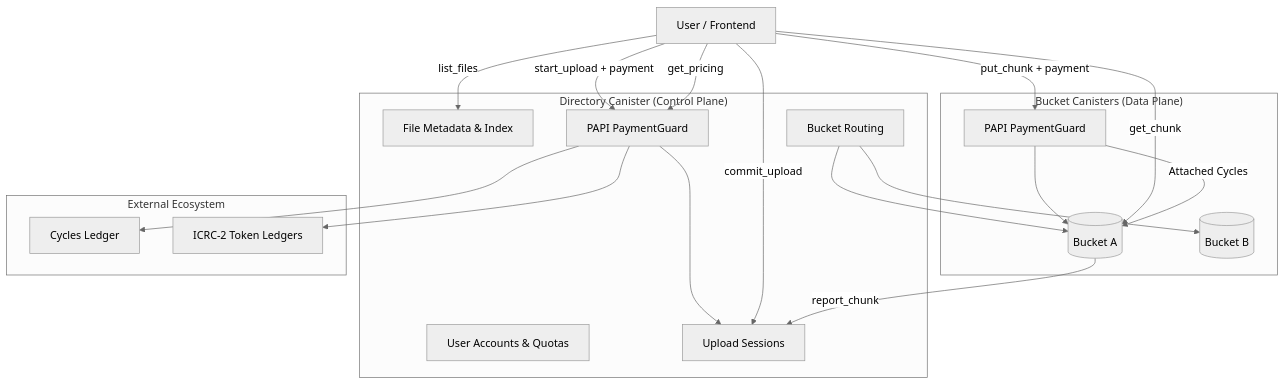
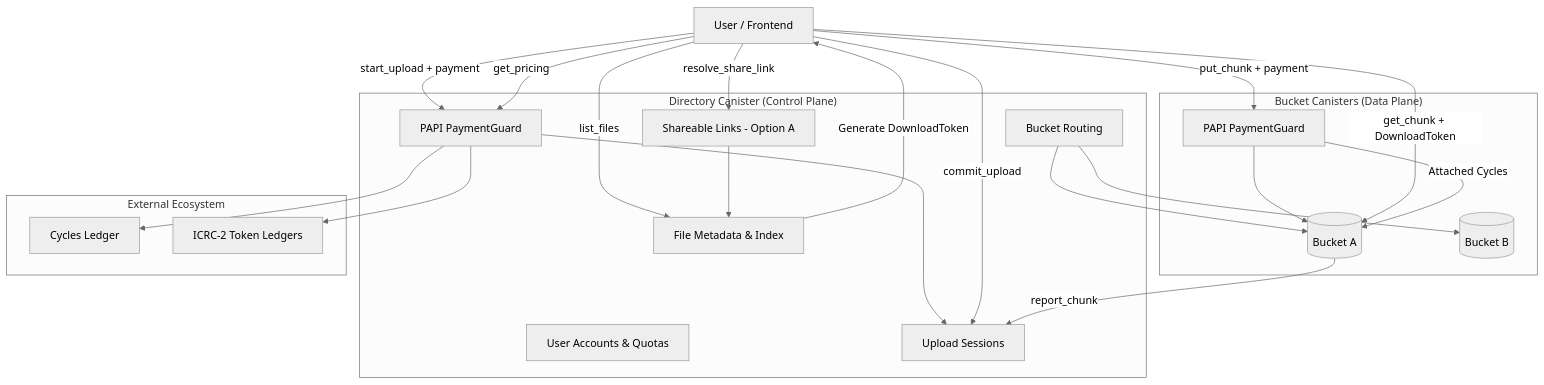
The first of 4 diagrams in ARCHITECTURE.md (AntonioVentilii/vault-core), drawn with Mermaid (neutral theme) before and after one commit. The commit also changed other lines of this file and 19 other files, not shown here.

````diff
--- a/ARCHITECTURE.md
+++ b/ARCHITECTURE.md
@@ -3,42 +3,46 @@
 ```mermaid
 flowchart TB
     User[User / Frontend]
 
     subgraph ControlPlane["Directory Canister (Control Plane)"]
         DirAccounts[User Accounts & Quotas]
         DirMeta[File Metadata & Index]
         DirUploads[Upload Sessions]
+        DirLinks[Shareable Links - Option A]
         DirRouting[Bucket Routing]
         DirPAPI[PAPI PaymentGuard]
     end
 
     subgraph DataPlane["Bucket Canisters (Data Plane)"]
         Bucket1[(Bucket A)]
         Bucket2[(Bucket B)]
         BucketPAPI[PAPI PaymentGuard]
     end
 
     subgraph External["External Ecosystem"]
         CyclesLedger[Cycles Ledger]
         TokenLedger[ICRC-2 Token Ledgers]
     end
 
     User -->|start_upload + payment| DirPAPI
     DirPAPI --> DirUploads
     User -->|get_pricing| DirPAPI
     User -->|commit_upload| DirUploads
     User -->|list_files| DirMeta
 
     DirRouting --> Bucket1
     DirRouting --> Bucket2
 
     User -->|put_chunk + payment| BucketPAPI
     BucketPAPI --> Bucket1
-    User -->|get_chunk| Bucket1
+    User -->|get_chunk + DownloadToken| Bucket1
+    User -->|resolve_share_link| DirLinks
+    DirLinks --> DirMeta
+    DirMeta -->|Generate DownloadToken| User
 
     Bucket1 -->|report_chunk| DirUploads
 
     DirPAPI --> CyclesLedger
     DirPAPI --> TokenLedger
     BucketPAPI -->|Attached Cycles| Bucket1
 ```
````
